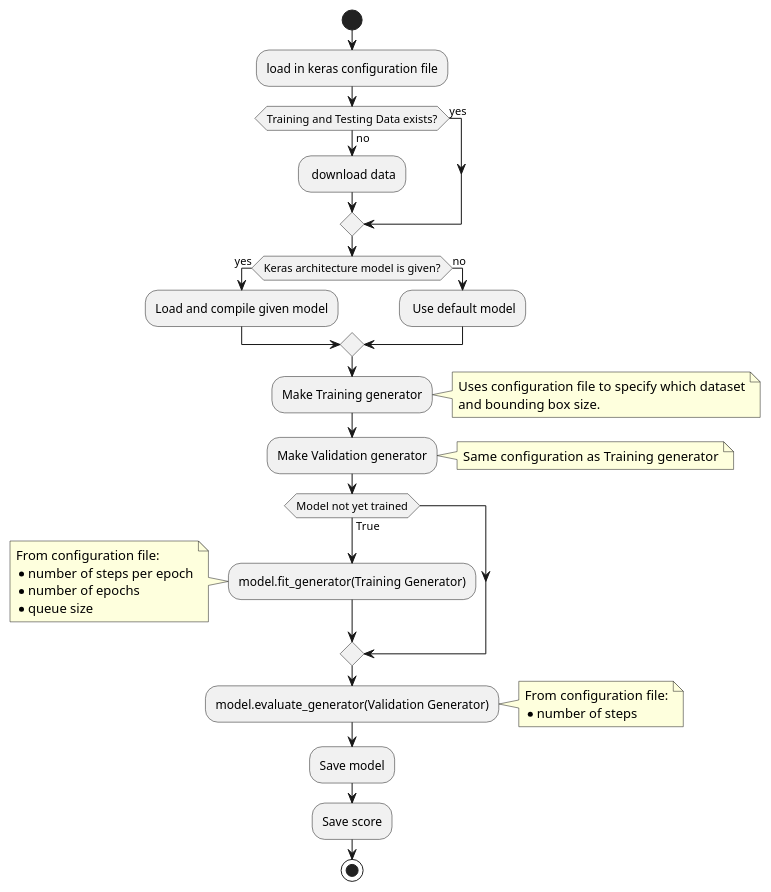
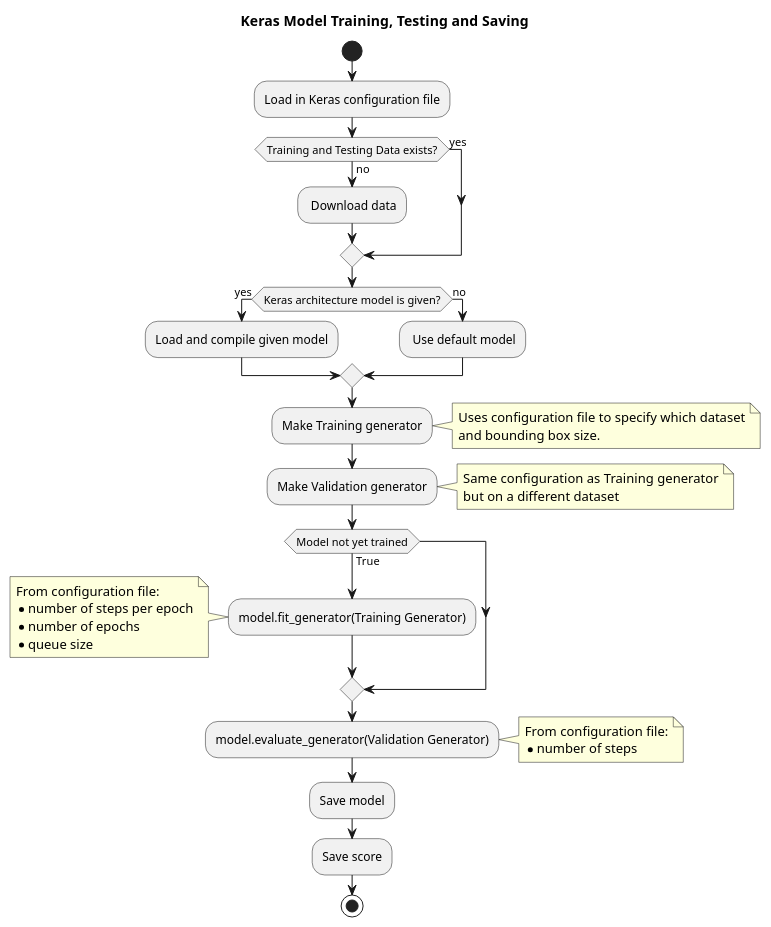
One commit to AlandSailingRobots/AerialImagesToWaterDepth changed the diagram in machine_learning/KerasModelTrainingValidation.puml. Above: the diagram before and after it, drawn with PlantUML.

Commit message:
add title and some text formatting

```diff
--- a/machine_learning/KerasModelTrainingValidation.puml
+++ b/machine_learning/KerasModelTrainingValidation.puml
@@ -1,39 +1,41 @@
 @startuml
+title Keras Model Training, Testing and Saving
 start
-:load in keras configuration file;
+:Load in Keras configuration file;
 if(Training and Testing Data exists?) then(yes)
 else(no)
-    : download data;
+    : Download data;
 endif
 if(Keras architecture model is given?) then(yes)
     :Load and compile given model;
 else(no)
     : Use default model;
 endif
 :Make Training generator;
     note right
         Uses configuration file to specify which dataset
         and bounding box size.
     end note
 :Make Validation generator;
     note right
         Same configuration as Training generator
+        but on a different dataset
     end note
 if(Model not yet trained) then (True)
     :model.fit_generator(Training Generator);
     note left
         From configuration file:
         * number of steps per epoch
         * number of epochs
         * queue size
     end note
 endif
 :model.evaluate_generator(Validation Generator);
     note right
         From configuration file:
         * number of steps
     end note
 :Save model;
 :Save score;
 stop
 @enduml
```
